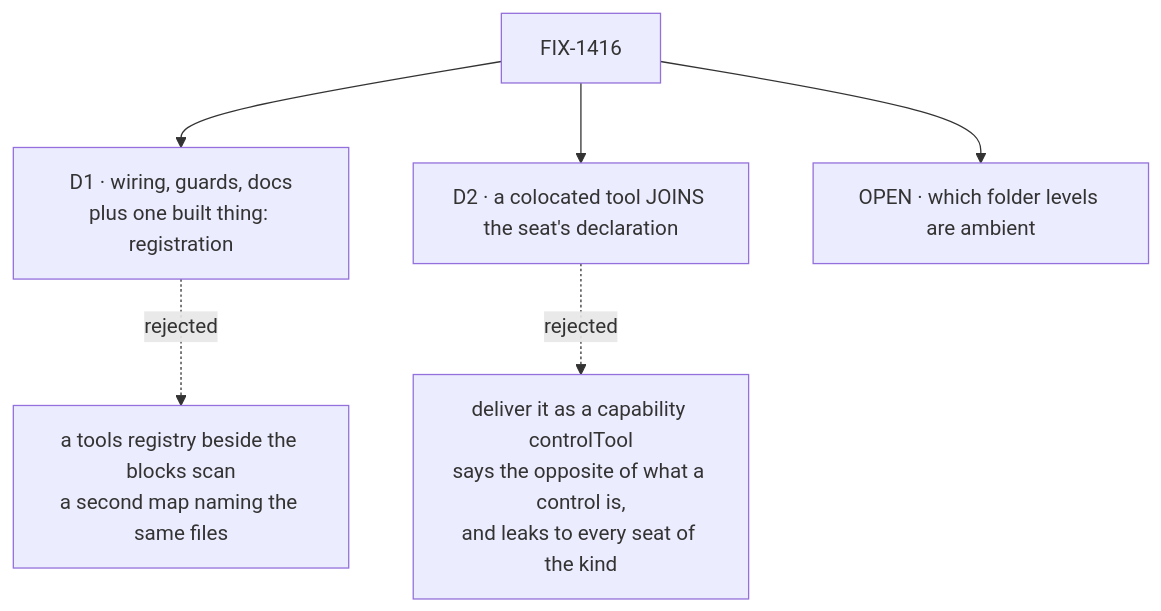
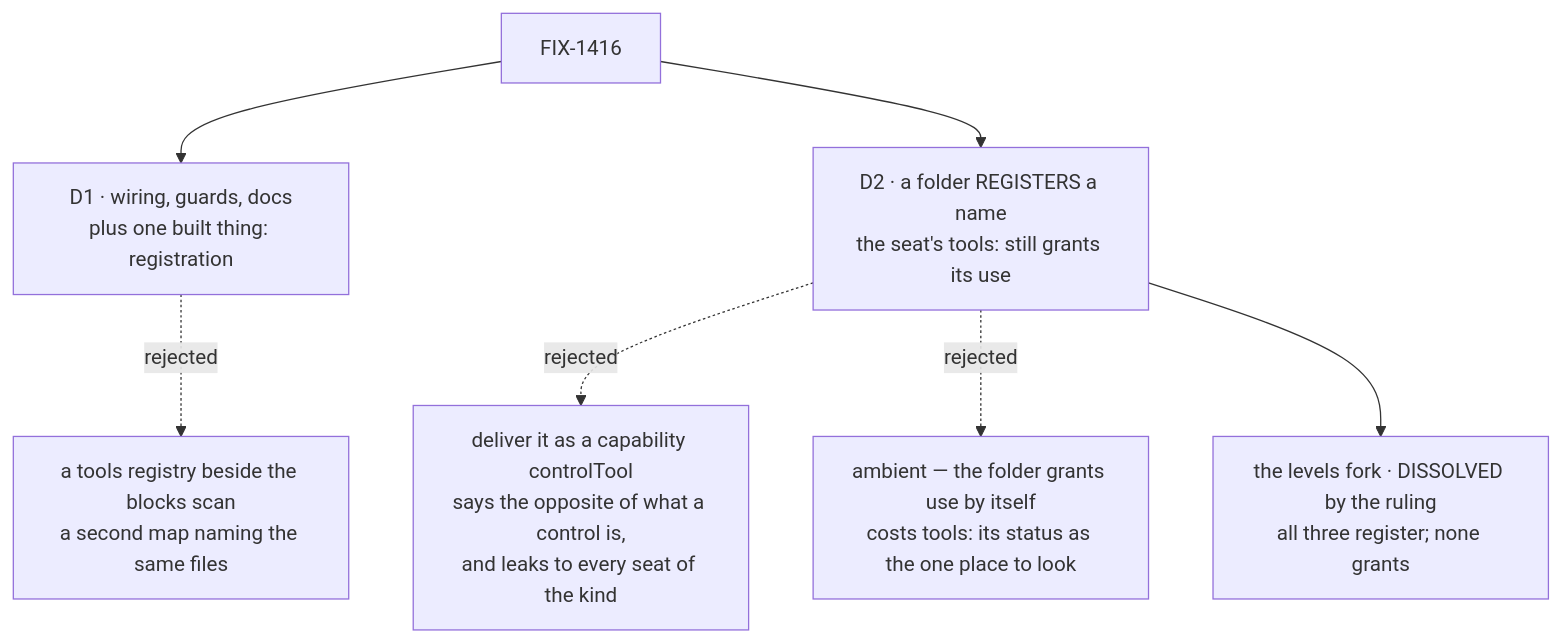
Before and after one commit to fixpoint-labs/flow-state-dev: the diagram in spec/FIX-1416/DECISIONS.md, drawn with Mermaid. The commit also changed other lines of this file, not shown here.

````diff
--- a/spec/FIX-1416/DECISIONS.md
+++ b/spec/FIX-1416/DECISIONS.md
@@ -10,8 +11,9 @@
 ```mermaid
 flowchart TD
   I["FIX-1416"] --> D1["D1 · wiring, guards, docs<br/>plus one built thing: registration"]
   D1 -.->|"rejected"| X1["a tools registry beside the blocks scan<br/>a second map naming the same files"]
-  I --> D2["D2 · a colocated tool JOINS the seat's declaration"]
+  I --> D2["D2 · a folder REGISTERS a name<br/>the seat's tools: still grants its use"]
   D2 -.->|"rejected"| X2["deliver it as a capability controlTool<br/>says the opposite of what a control is,<br/>and leaks to every seat of the kind"]
-  I --> Q["OPEN · which folder levels are ambient"]
+  D2 -.->|"rejected"| X3["ambient — the folder grants use by itself<br/>costs tools: its status as the one place to look"]
+  D2 --> Q["the levels fork · DISSOLVED by the ruling<br/>all three register; none grants"]
 ```
````
